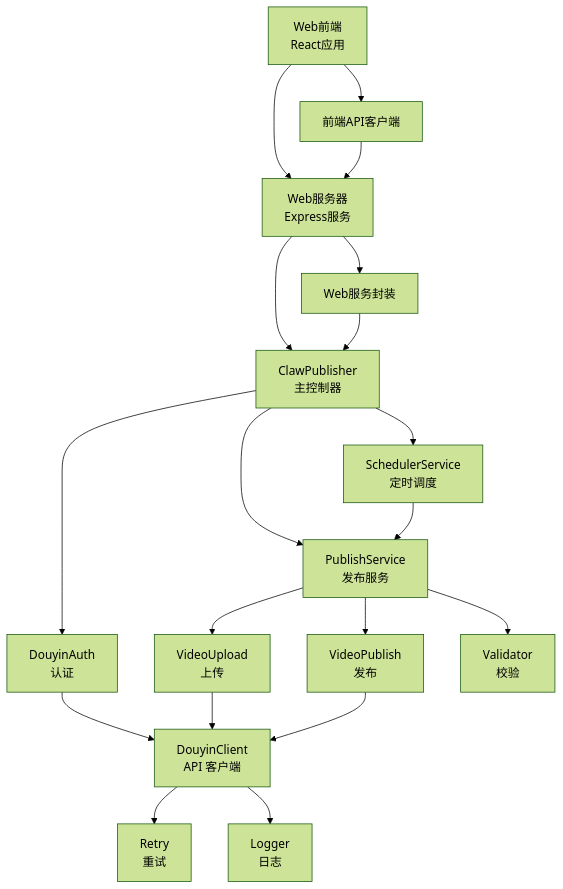
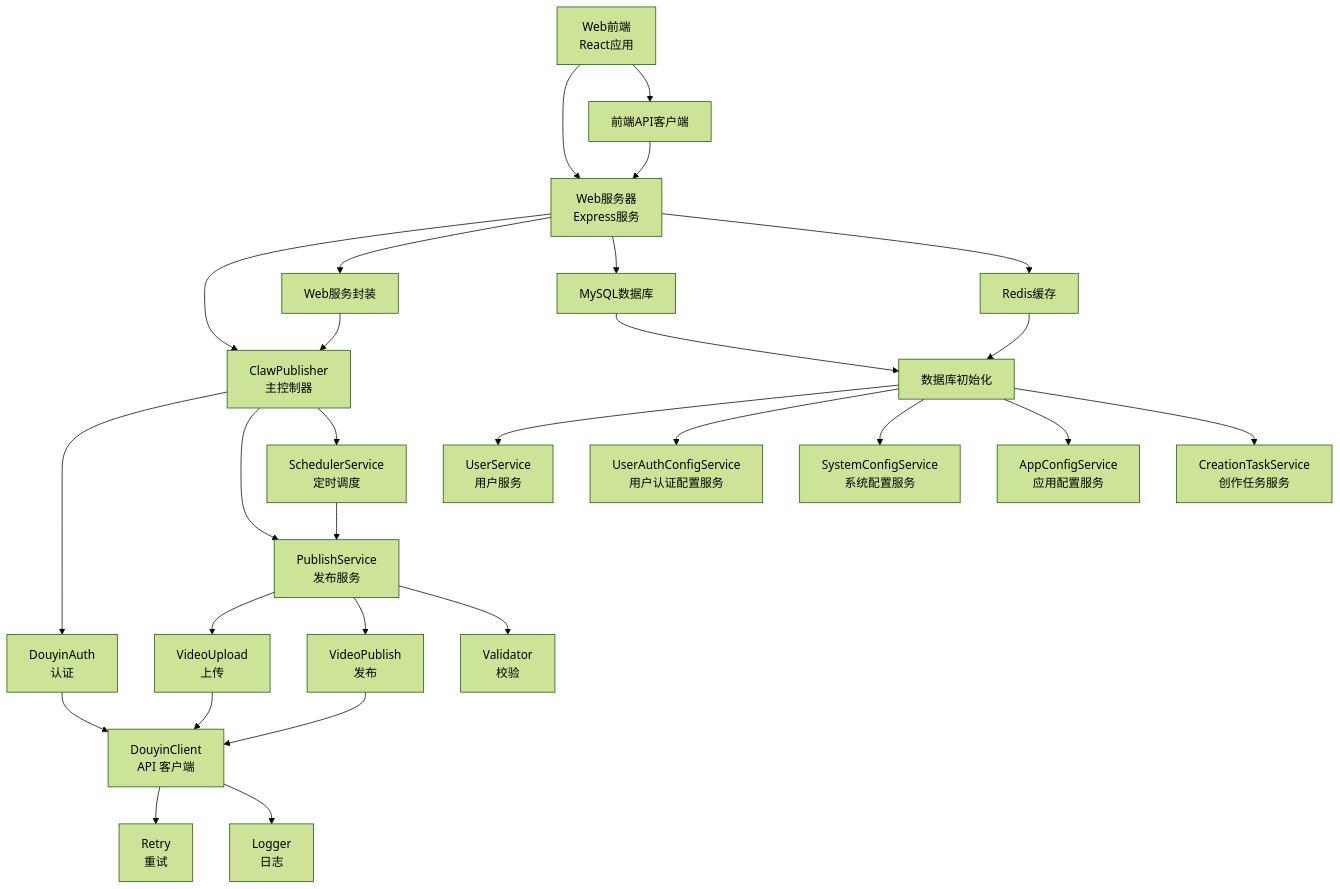
The second of 13 diagrams in .qoder/repowiki/zh/content/项目概述/技术架构.md (songdiyang/clawOperations), drawn with Mermaid (forest theme) before and after one commit. The commit also changed other lines of this file and 10 other files, not shown here.

````diff
--- a/.qoder/repowiki/zh/content/项目概述/技术架构.md
+++ b/.qoder/repowiki/zh/content/项目概述/技术架构.md
@@ -211,21 +257,30 @@
 ```mermaid
 graph TB
 CP["ClawPublisher<br/>主控制器"] --> AUTH["DouyinAuth<br/>认证"]
 CP --> PS["PublishService<br/>发布服务"]
 CP --> SS["SchedulerService<br/>定时调度"]
 PS --> VU["VideoUpload<br/>上传"]
 PS --> VP["VideoPublish<br/>发布"]
 PS --> VALID["Validator<br/>校验"]
 VU --> DC["DouyinClient<br/>API 客户端"]
 VP --> DC
 AUTH --> DC
 DC --> RETRY["Retry<br/>重试"]
 DC --> LOG["Logger<br/>日志"]
 SS --> PS
 WS["Web服务器<br/>Express服务"] --> CP
 WS --> ENDSERVICE["Web服务封装"]
+WS --> MYSQL["MySQL数据库"]
+WS --> REDIS["Redis缓存"]
+MYSQL --> DB_INIT["数据库初始化"]
+REDIS --> DB_INIT
+DB_INIT --> US["UserService<br/>用户服务"]
+DB_INIT --> UACS["UserAuthConfigService<br/>用户认证配置服务"]
+DB_INIT --> SCS["SystemConfigService<br/>系统配置服务"]
+DB_INIT --> ATCS["AppConfigService<br/>应用配置服务"]
+DB_INIT --> CTS["CreationTaskService<br/>创作任务服务"]
 ENDSERVICE --> CP
 WC["Web前端<br/>React应用"] --> WS
 WC --> API["前端API客户端"]
 API --> WS
 ```
````
